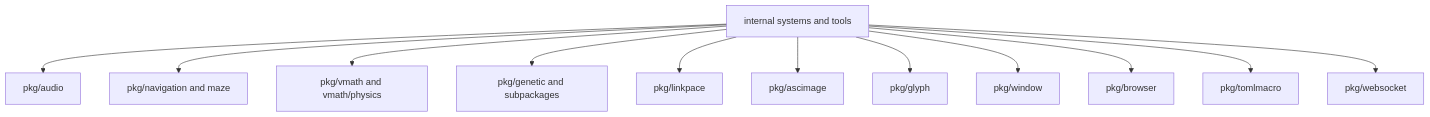
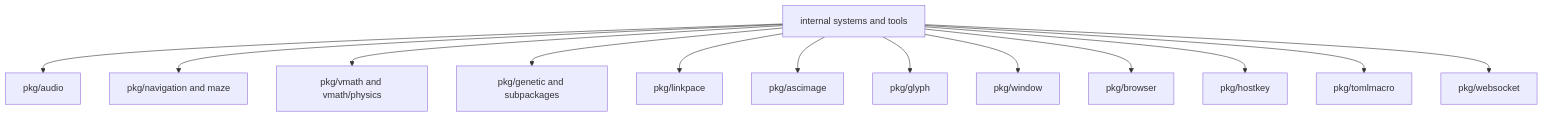
Before and after one commit to lixenwraith/vif: the fourth of 4 diagrams in doc/package-map.md, drawn with Mermaid. The commit also changed other lines of this file and 69 other files, not shown here.

````diff
--- a/doc/package-map.md
+++ b/doc/package-map.md
@@ -108,14 +108,15 @@
 ```mermaid
 flowchart TD
     Game["internal systems and tools"] --> Audio["pkg/audio"]
     Game --> Nav["pkg/navigation and maze"]
     Game --> Physics["pkg/vmath and vmath/physics"]
     Game --> Genetic["pkg/genetic and subpackages"]
     Game --> Link["pkg/linkpace"]
     Game --> Image["pkg/ascimage"]
     Game --> Glyph["pkg/glyph"]
     Game --> Window["pkg/window"]
     Game --> Browser["pkg/browser"]
+    Game --> HostKey["pkg/hostkey"]
     Game --> Macro["pkg/tomlmacro"]
     Game --> Socket["pkg/websocket"]
 ```
````
